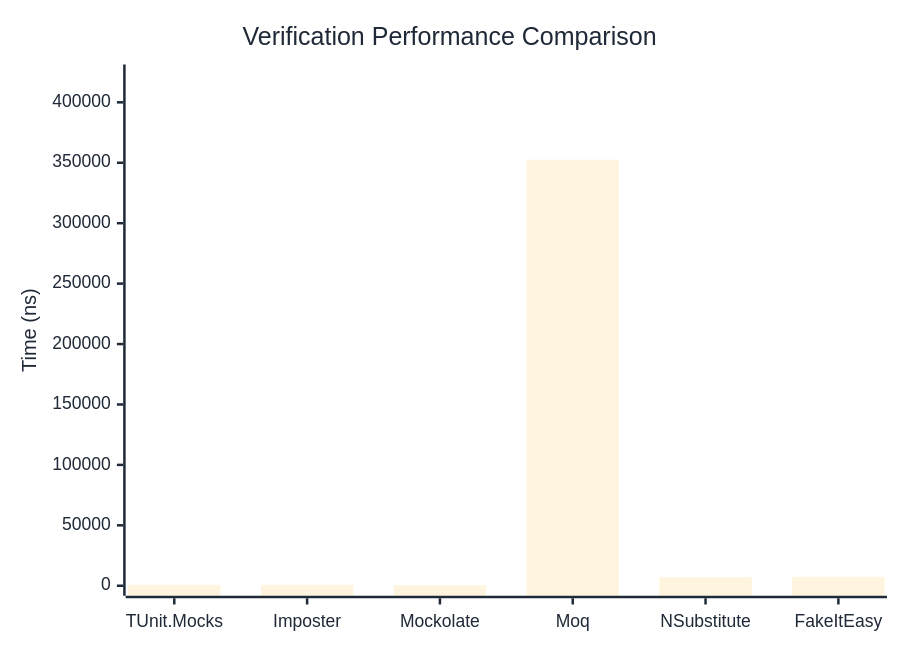
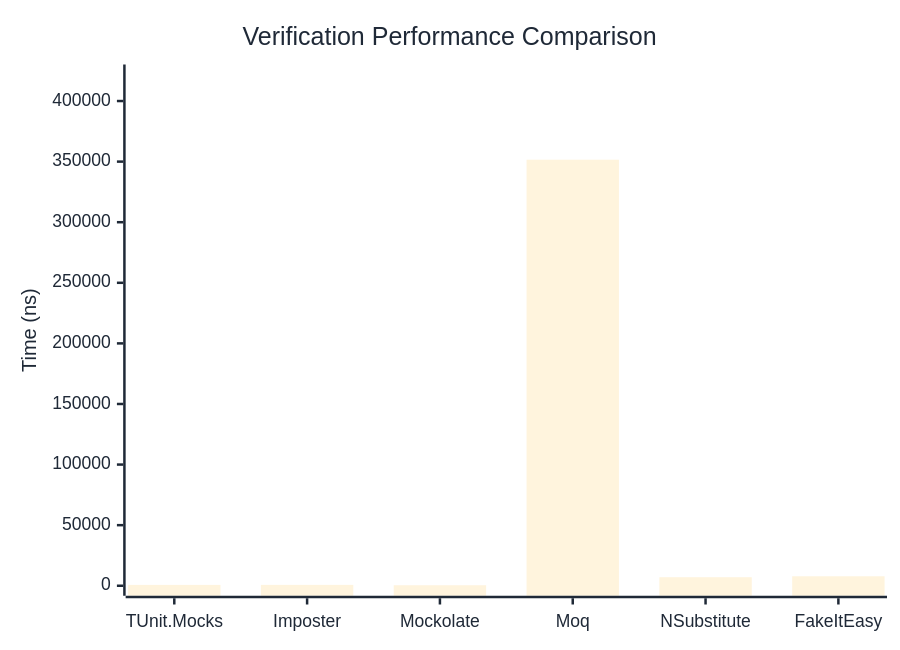
Before and after one commit to thomhurst/TUnit: the first of 3 diagrams in docs/docs/benchmarks/mocks/Verification.md, drawn with Mermaid. The commit also changed other lines of this file and 14 other files, not shown here.

````diff
--- a/docs/docs/benchmarks/mocks/Verification.md
+++ b/docs/docs/benchmarks/mocks/Verification.md
@@ -30,27 +30,27 @@
 ```mermaid
 %%{init: {
   'theme':'base',
   'themeVariables': {
     'primaryColor': '#2563eb',
     'primaryTextColor': '#1f2937',
     'primaryBorderColor': '#1e40af',
     'lineColor': '#6b7280',
     'secondaryColor': '#7c3aed',
     'tertiaryColor': '#dc2626',
     'background': '#ffffff',
     'pie1': '#2563eb',
     'pie2': '#7c3aed',
     'pie3': '#dc2626',
     'pie4': '#f59e0b',
     'pie5': '#10b981',
     'pie6': '#06b6d4',
     'pie7': '#ec4899',
     'pie8': '#6366f1'
   }
 }}%%
 xychart-beta
   title "Verification Performance Comparison"
   x-axis ["TUnit.Mocks", "Imposter", "Mockolate", "Moq", "NSubstitute", "FakeItEasy"]
-  y-axis "Time (ns)" 0 --> 423041
-  bar [728.82, 713.43, 407.53, 352534.07, 7160.26, 7356.99]
+  y-axis "Time (ns)" 0 --> 421893
+  bar [710.38, 719.7, 415.98, 351577.25, 7029.95, 7821.32]
 ```
````
